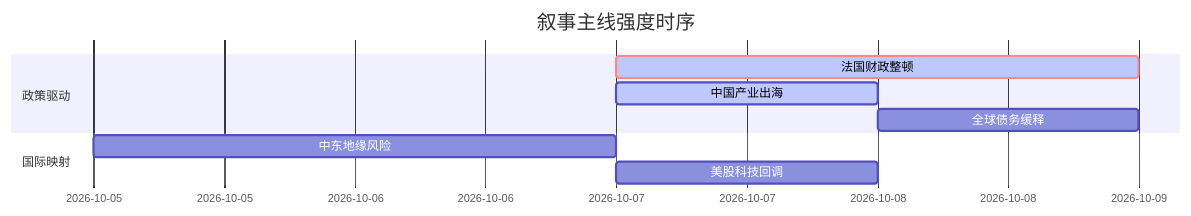
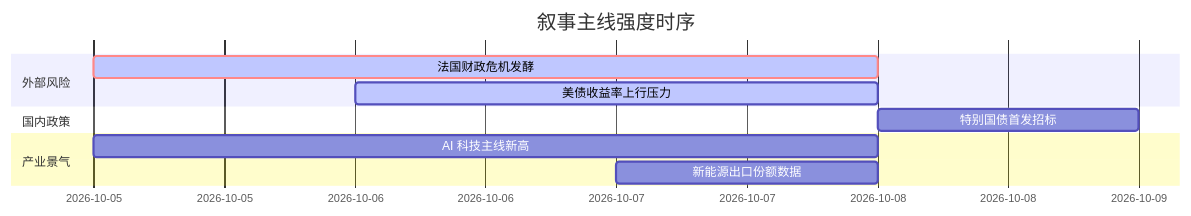
Before and after one commit to uu5zn/uu5zn.github.io: the diagram in 5day_report.md, drawn with Mermaid. The commit also changed other lines of this file and 19 other files, not shown here.

````diff
--- a/5day_report.md
+++ b/5day_report.md
@@ -55,13 +56,15 @@
 ```mermaid
 gantt
     title 叙事主线强度时序
     dateFormat  YYYY-MM-DD
-    section 政策驱动
-    法国财政整顿   :crit, active, 2026-10-07, 2d
-    中国产业出海   :active, 2026-10-07, 1d
-    全球债务缓释   :2026-10-08, 1d
+    section 外部风险
+    法国财政危机发酵   :crit, active, 2026-10-05, 3d
+    美债收益率上行压力 :active, 2026-10-06, 2d
     
-    section 国际映射
-    中东地缘风险   :2026-10-05, 2d
-    美股科技回调   :2026-10-07, 1d
+    section 国内政策
+    特别国债首发招标   :2026-10-08, 1d
+    
+    section 产业景气
+    AI 科技主线新高    :2026-10-05, 3d
+    新能源出口份额数据 :2026-10-07, 1d
 ```
````
